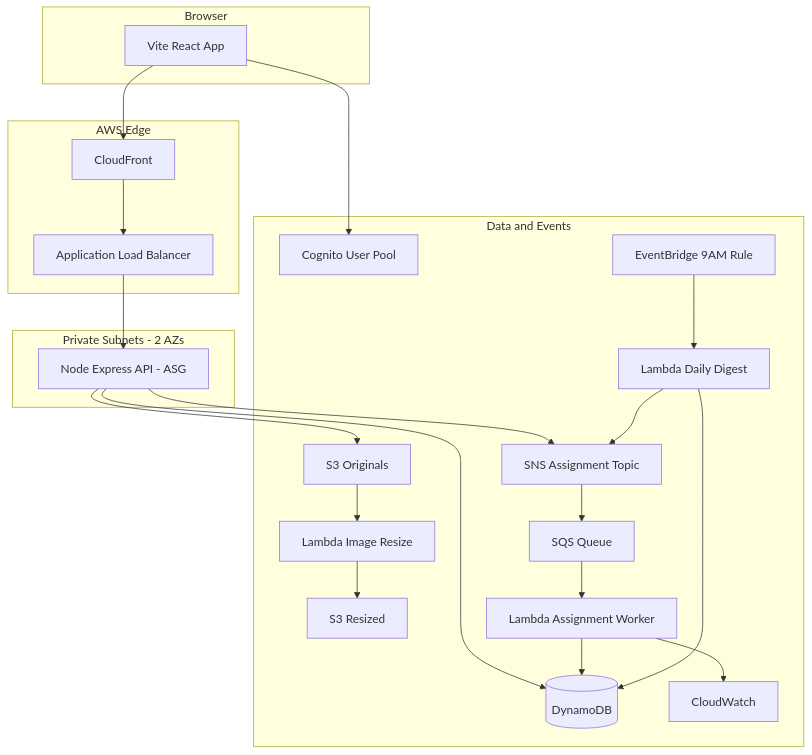
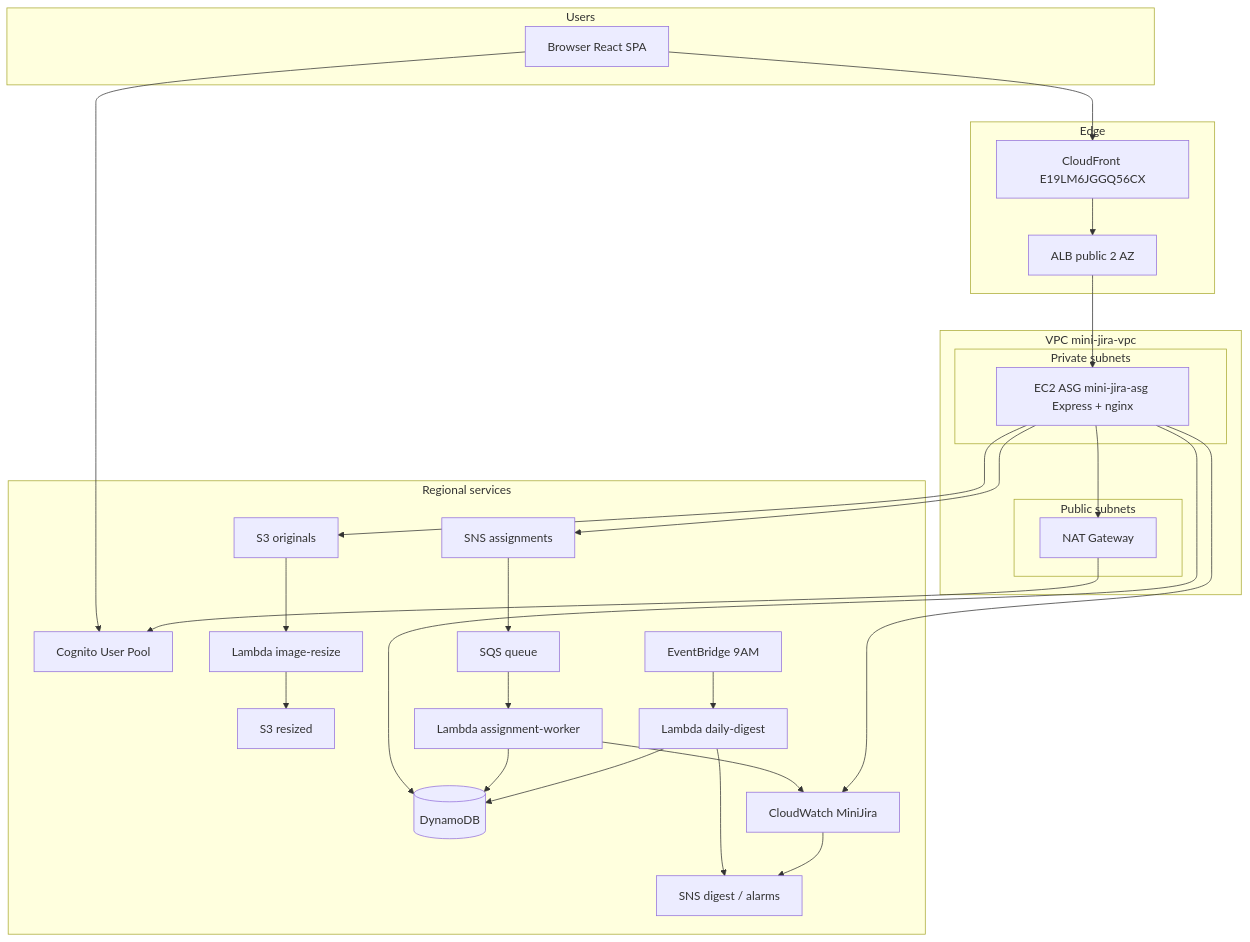
The diagram in docs/ARCHITECTURE.md (Eyad3skr/Mini-Jira), drawn with Mermaid before and after one commit. The commit also changed other lines of this file and 27 other files, not shown here.

````diff
--- a/docs/ARCHITECTURE.md
+++ b/docs/ARCHITECTURE.md
@@ -9,38 +36,48 @@
 ```mermaid
 flowchart TB
-  subgraph client [Browser]
-    React[Vite React App]
+  subgraph users [Users]
+    Browser[Browser React SPA]
   end
-  subgraph edge [AWS Edge]
-    CF[CloudFront]
-    ALB[Application Load Balancer]
+  subgraph edge [Edge]
+    CF[CloudFront E19LM6JGGQ56CX]
+    ALB[ALB public 2 AZ]
   end
-  subgraph app [Private Subnets - 2 AZs]
-    EC2[Node Express API - ASG]
+  subgraph vpc [VPC mini-jira-vpc]
+    subgraph pub [Public subnets]
+      NAT[NAT Gateway]
+    end
+    subgraph priv [Private subnets]
+      ASG[EC2 ASG mini-jira-asg Express + nginx]
+    end
   end
-  subgraph data [Data and Events]
+  subgraph regional [Regional services]
     Cognito[Cognito User Pool]
     DDB[(DynamoDB)]
-    S3o[S3 Originals]
-    S3r[S3 Resized]
-    SNS[SNS Assignment Topic]
-    SQS[SQS Queue]
-    L1[Lambda Image Resize]
-    L2[Lambda Assignment Worker]
-    L3[Lambda Daily Digest]
-    EB[EventBridge 9AM Rule]
-    CW[CloudWatch]
+    S3o[S3 originals]
+    S3r[S3 resized]
+    SNSa[SNS assignments]
+    SNSd[SNS digest / alarms]
+    SQS[SQS queue]
+    Limg[Lambda image-resize]
+    Lwrk[Lambda assignment-worker]
+    Ldig[Lambda daily-digest]
+    EB[EventBridge 9AM]
+    CW[CloudWatch MiniJira]
   end
-  React --> CF --> ALB --> EC2
-  React --> Cognito
-  EC2 --> DDB
-  EC2 --> S3o
-  EC2 --> SNS
-  S3o --> L1 --> S3r
-  SNS --> SQS --> L2
-  L2 --> DDB
-  L2 --> CW
-  EB --> L3
-  L3 --> DDB
-  L3 --> SNS
+  Browser --> CF --> ALB --> ASG
+  Browser --> Cognito
+  ASG --> DDB
+  ASG --> S3o
+  ASG --> SNSa
+  ASG --> NAT
+  NAT --> Cognito
+  S3o --> Limg --> S3r
+  SNSa --> SQS --> Lwrk
+  Lwrk --> DDB
+  Lwrk --> CW
+  EB --> Ldig
+  Ldig --> DDB
+  Ldig --> SNSd
+  ASG --> CW
+  CW --> SNSd
 ```
````
